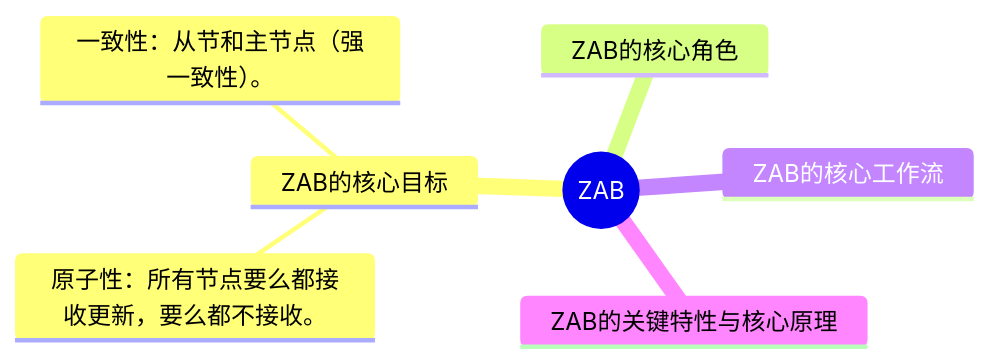
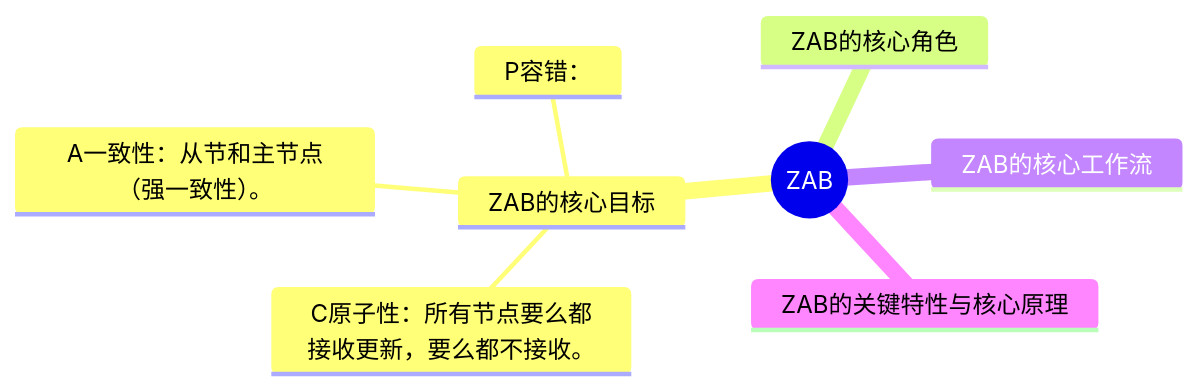
The first of 2 diagrams in zk/ZAB.md (JackrayWang2020/markbook), drawn with Mermaid before and after one commit. The commit also changed other lines of this file, not shown here.

````diff
--- a/zk/ZAB.md
+++ b/zk/ZAB.md
@@ -7,12 +7,13 @@
 ```mermaid
 mindmap
     root((ZAB))
         ZAB的核心目标
-            原子性：所有节点要么都接收更新，要么都不接收。
-            一致性：从节和主节点（强一致性）。
+            C原子性：所有节点要么都接收更新，要么都不接收。
+            A一致性：从节和主节点（强一致性）。
+            P容错：
 
         ZAB的核心角色
         ZAB的核心工作流
         ZAB的关键特性与核心原理
         
 ```
````
